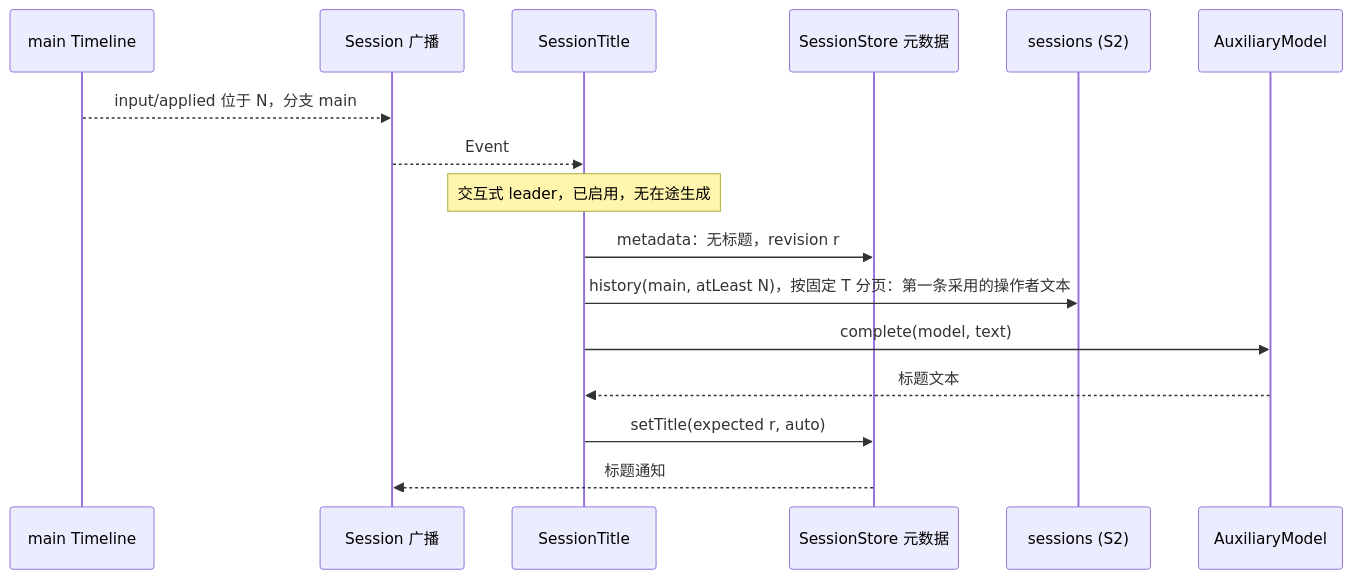
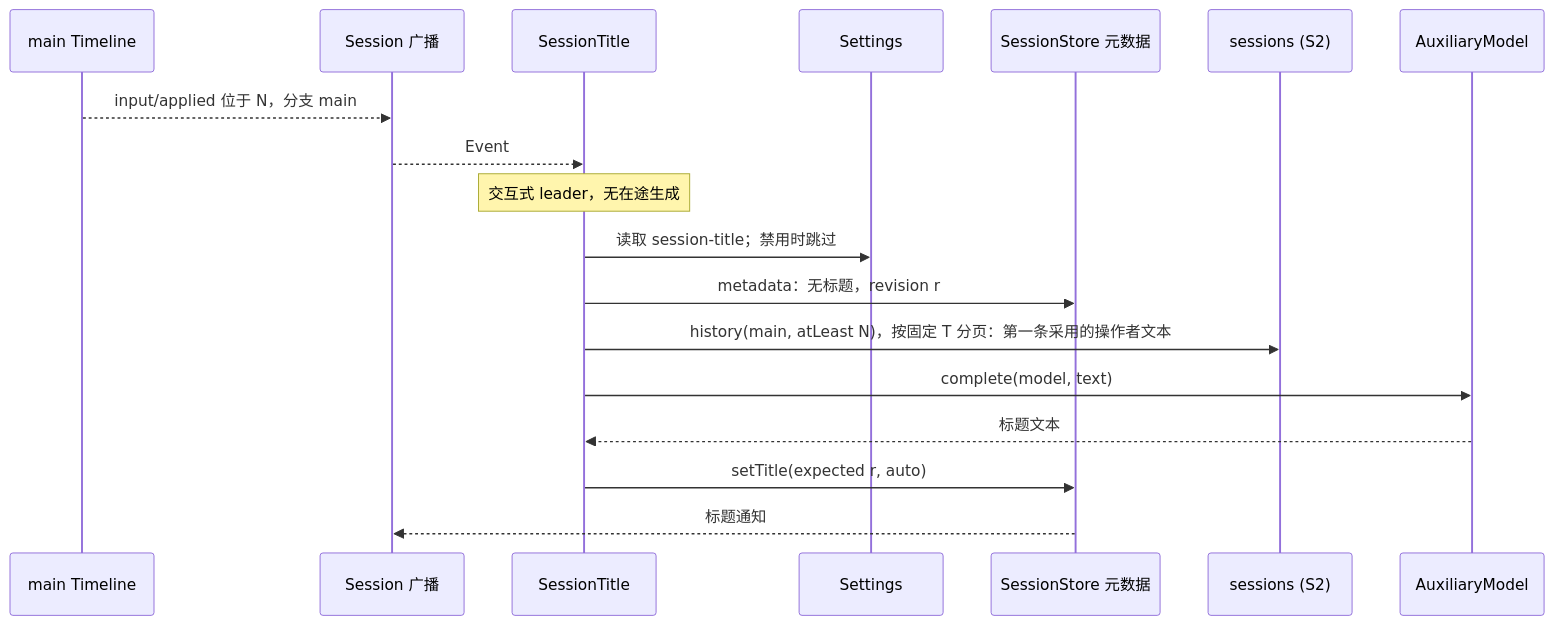
Before and after one commit to CoutinhoTTS/dim-agent: the third of 5 diagrams in docs/zh/design/plugins/SessionTitle.md, drawn with Mermaid. The commit also changed other lines of this file and 4 other files, not shown here.

````diff
--- a/docs/zh/design/plugins/SessionTitle.md
+++ b/docs/zh/design/plugins/SessionTitle.md
@@ -118,18 +118,20 @@
 ```mermaid
 sequenceDiagram
   participant TL as main Timeline
   participant SB as Session 广播
   participant ST as SessionTitle
+  participant Settings as Settings
   participant Meta as SessionStore 元数据
   participant Sessions as sessions (S2)
   participant Aux as AuxiliaryModel
   TL-->>SB: input/applied 位于 N，分支 main
   SB-->>ST: Event
-  Note over ST: 交互式 leader，已启用，无在途生成
+  Note over ST: 交互式 leader，无在途生成
+  ST->>Settings: 读取 session-title；禁用时跳过
   ST->>Meta: metadata：无标题，revision r
   ST->>Sessions: history(main, atLeast N)，按固定 T 分页：第一条采用的操作者文本
   ST->>Aux: complete(model, text)
   Aux-->>ST: 标题文本
   ST->>Meta: setTitle(expected r, auto)
   Meta-->>SB: 标题通知
 ```
````
